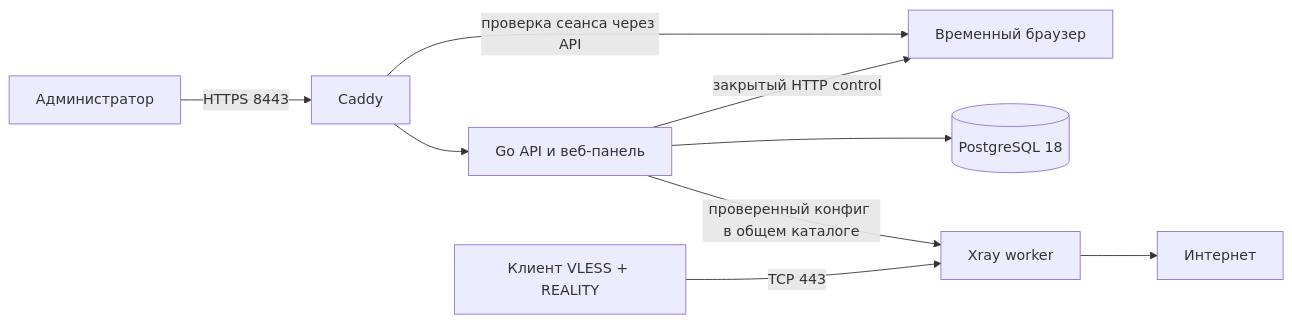
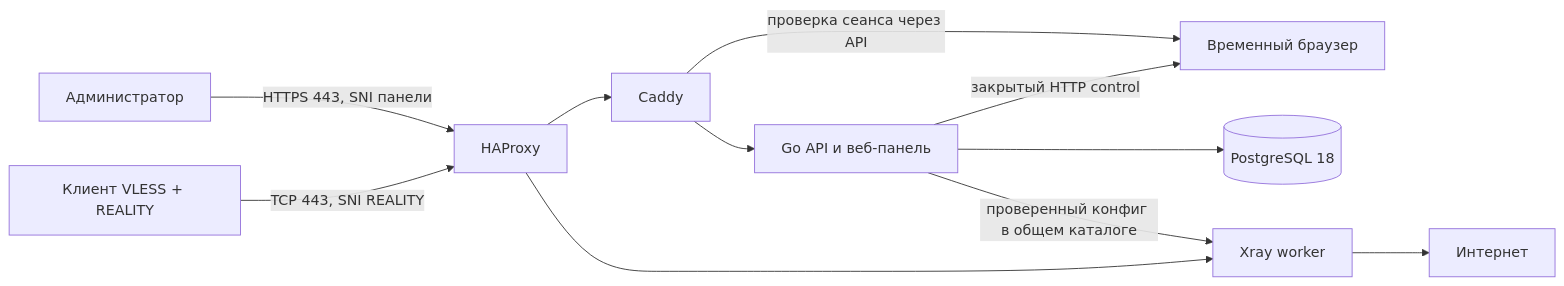
The diagram in docs/architecture.md (rvburov/private-gateway), drawn with Mermaid before and after one commit. The commit also changed other lines of this file and 33 other files, not shown here.

````diff
--- a/docs/architecture.md
+++ b/docs/architecture.md
@@ -5,11 +5,13 @@
 ```mermaid
 flowchart LR
-    Admin[Администратор] -->|HTTPS 8443| Caddy
+    Admin[Администратор] -->|HTTPS 443, SNI панели| Edge[HAProxy]
+    Edge --> Caddy
     Caddy --> API[Go API и веб-панель]
     Caddy -->|проверка сеанса через API| Browser[Временный браузер]
     API --> DB[(PostgreSQL 18)]
     API -->|проверенный конфиг в общем каталоге| Xray[Xray worker]
     API -->|закрытый HTTP control| Browser
-    Client["Клиент VLESS + REALITY"] -->|TCP 443| Xray
+    Client["Клиент VLESS + REALITY"] -->|TCP 443, SNI REALITY| Edge
+    Edge --> Xray
     Xray --> Internet[Интернет]
 ```
````
